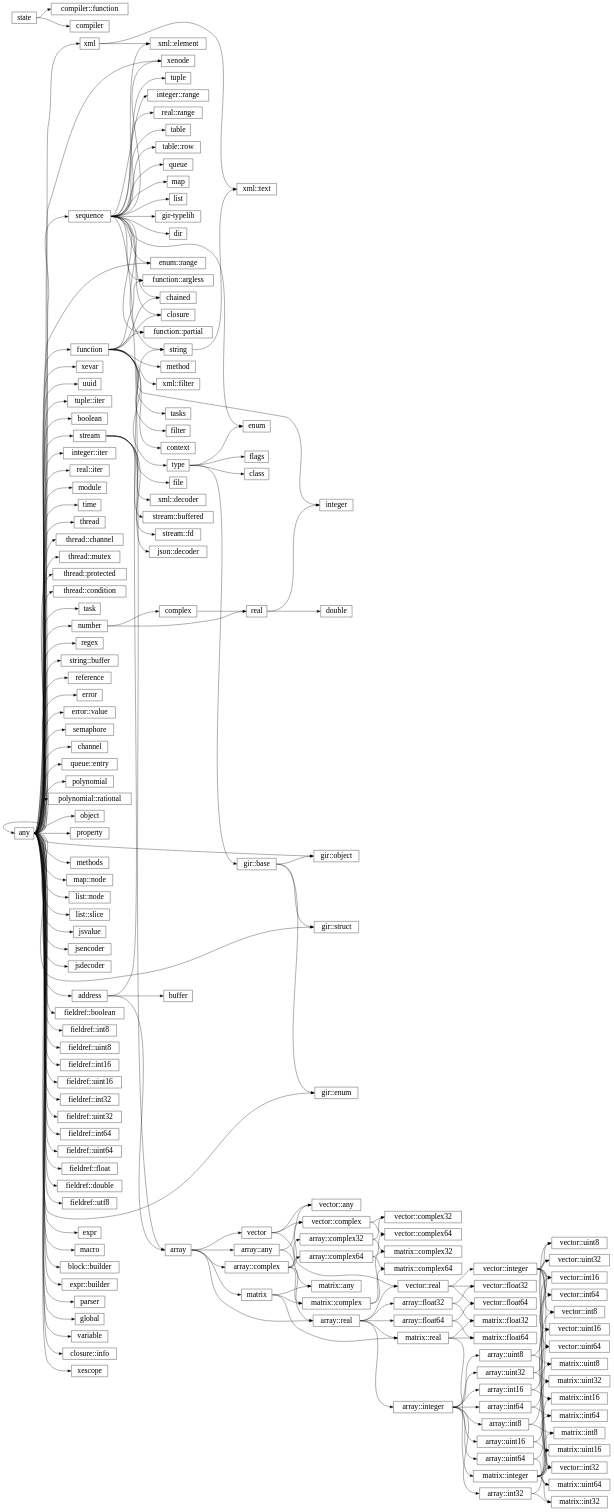
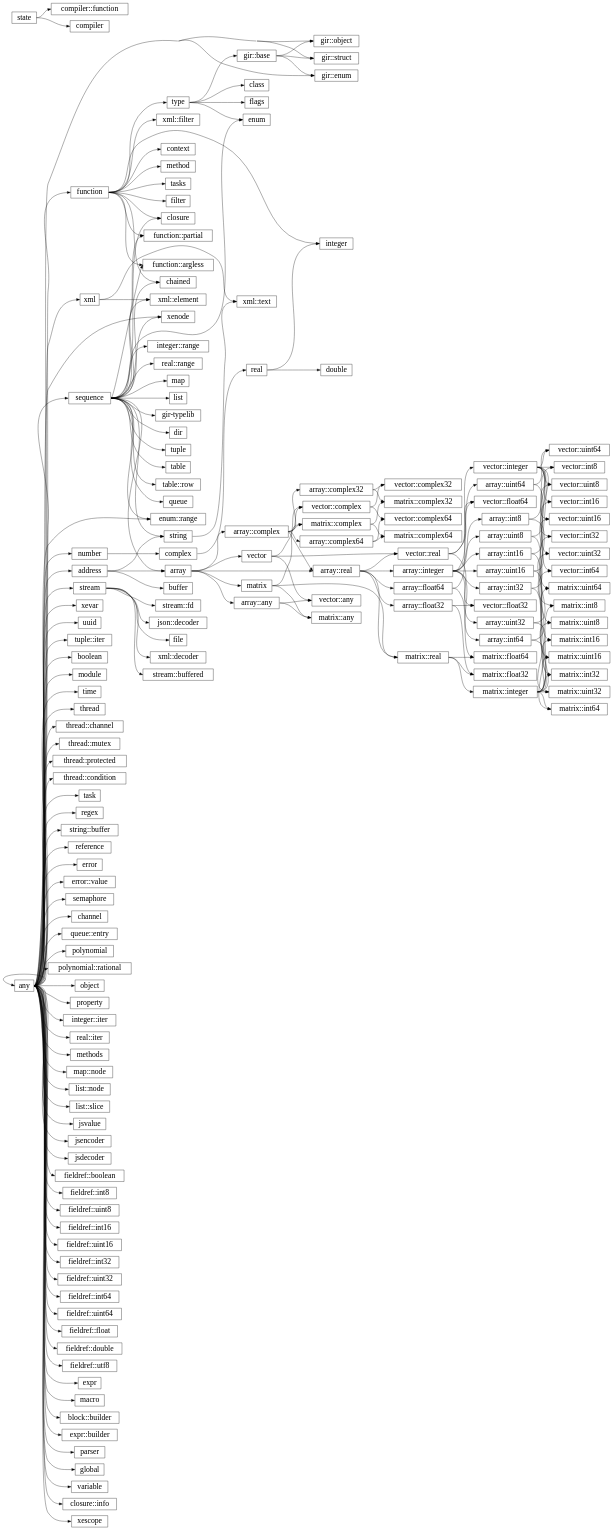
The diagram in docs/library/hierarchy.rst (wrapl/minilang), drawn with Graphviz before and after one commit. The commit also changed other lines of this file and 55 other files, not shown here.

```diff
--- a/docs/library/hierarchy.rst
+++ b/docs/library/hierarchy.rst
@@ -38,19 +40,6 @@
       "sequence":e -> "tuple":w;
       "any":e -> "tuple::iter":w;
       "any":e -> "boolean":w;
-      "any":e -> "number":w;
-      "number":e -> "complex":w;
-      "complex":e -> "real":w;
-      "number":e -> "real":w;
-      "real":e -> "integer":w;
-      "function":e -> "integer":w;
-      "real":e -> "integer":w;
-      "function":e -> "integer":w;
-      "real":e -> "double":w;
-      "any":e -> "integer::iter":w;
-      "sequence":e -> "integer::range":w;
-      "any":e -> "real::iter":w;
-      "sequence":e -> "real::range":w;
       "any":e -> "module":w;
       "any":e -> "time":w;
       "any":e -> "thread":w;
@@ -92,6 +81,16 @@
       "any":e -> "enum::range":w;
       "sequence":e -> "enum::range":w;
       "type":e -> "flags":w;
+      "any":e -> "number":w;
+      "number":e -> "complex":w;
+      "complex":e -> "real":w;
+      "real":e -> "integer":w;
+      "function":e -> "integer":w;
+      "real":e -> "double":w;
+      "any":e -> "integer::iter":w;
+      "sequence":e -> "integer::range":w;
+      "any":e -> "real::iter":w;
+      "sequence":e -> "real::range":w;
       "any":e -> "methods":w;
       "function":e -> "method":w;
       "sequence":e -> "map":w;
```
